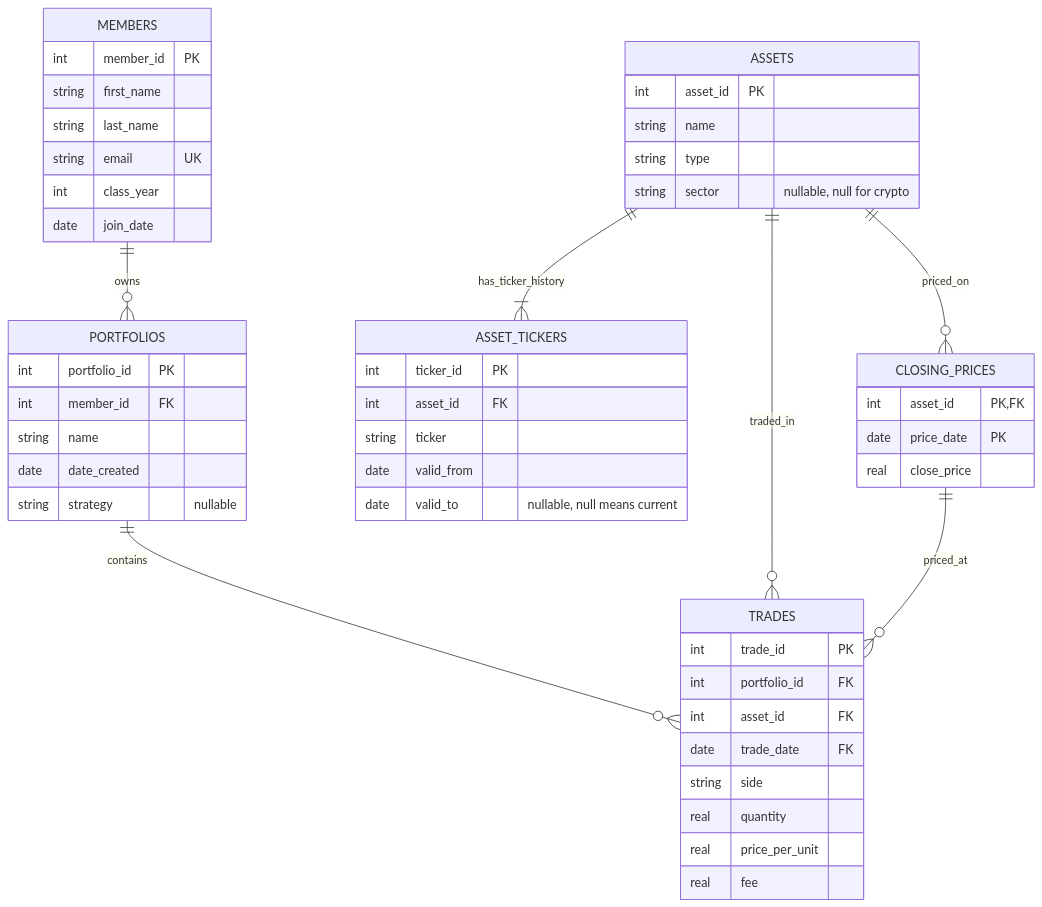
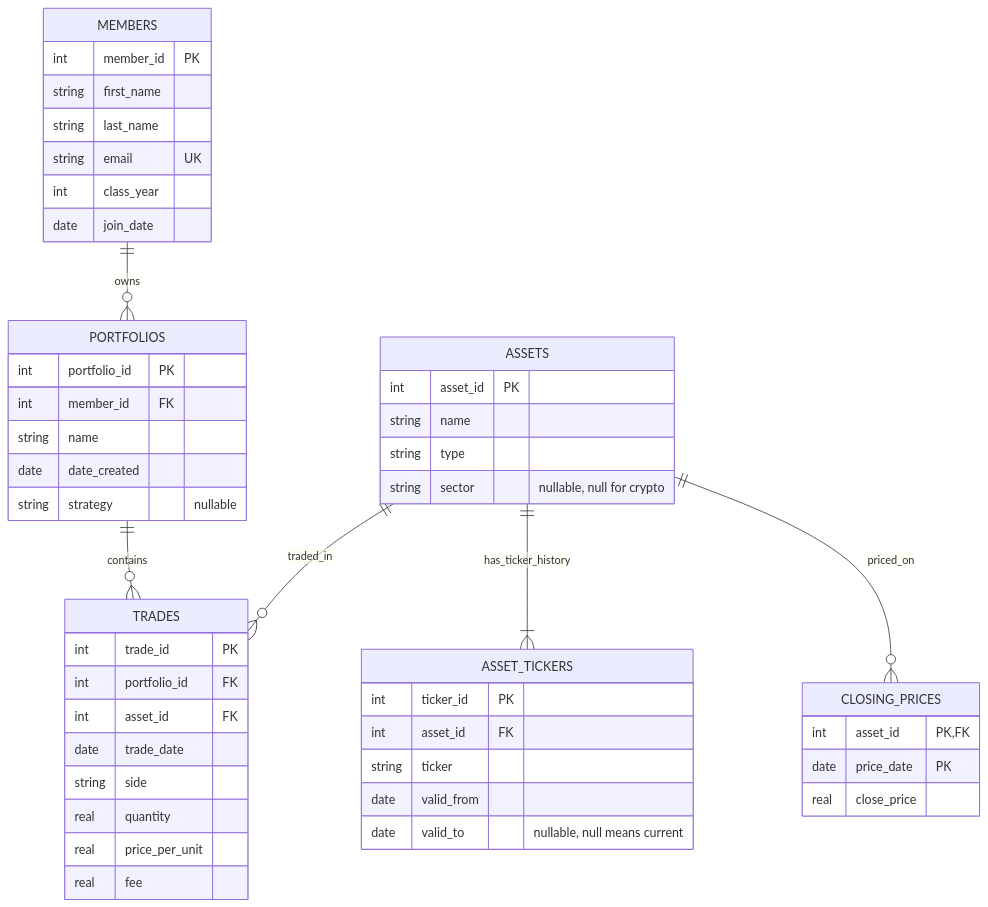
Before and after one commit to youssefniazimostafa/oim6301: the diagram in projects/db/README.md, drawn with Mermaid. The commit also changed other lines of this file, not shown here.

Commit message:
db: README match build

````diff
--- a/projects/db/README.md
+++ b/projects/db/README.md
@@ -13,57 +13,56 @@
 ```mermaid
 erDiagram
     MEMBERS ||--o{ PORTFOLIOS : owns
     MEMBERS {
         int member_id PK
         string first_name
         string last_name
         string email UK
         int class_year
         date join_date
     }
 
     PORTFOLIOS ||--o{ TRADES : contains
     PORTFOLIOS {
         int portfolio_id PK
         int member_id FK
         string name
         date date_created
         string strategy "nullable"
     }
 
     ASSETS ||--|{ ASSET_TICKERS : has_ticker_history
     ASSETS ||--o{ CLOSING_PRICES : priced_on
     ASSETS ||--o{ TRADES : traded_in
     ASSETS {
         int asset_id PK
         string name
         string type
         string sector "nullable, null for crypto"
     }
 
     ASSET_TICKERS {
         int ticker_id PK
         int asset_id FK
         string ticker
         date valid_from
         date valid_to "nullable, null means current"
     }
 
-    CLOSING_PRICES ||--o{ TRADES : priced_at
     CLOSING_PRICES {
         int asset_id PK, FK
         date price_date PK
         real close_price
     }
 
     TRADES {
         int trade_id PK
         int portfolio_id FK
         int asset_id FK
-        date trade_date FK
+        date trade_date
         string side
         real quantity
         real price_per_unit
         real fee
     }
 ```
````
